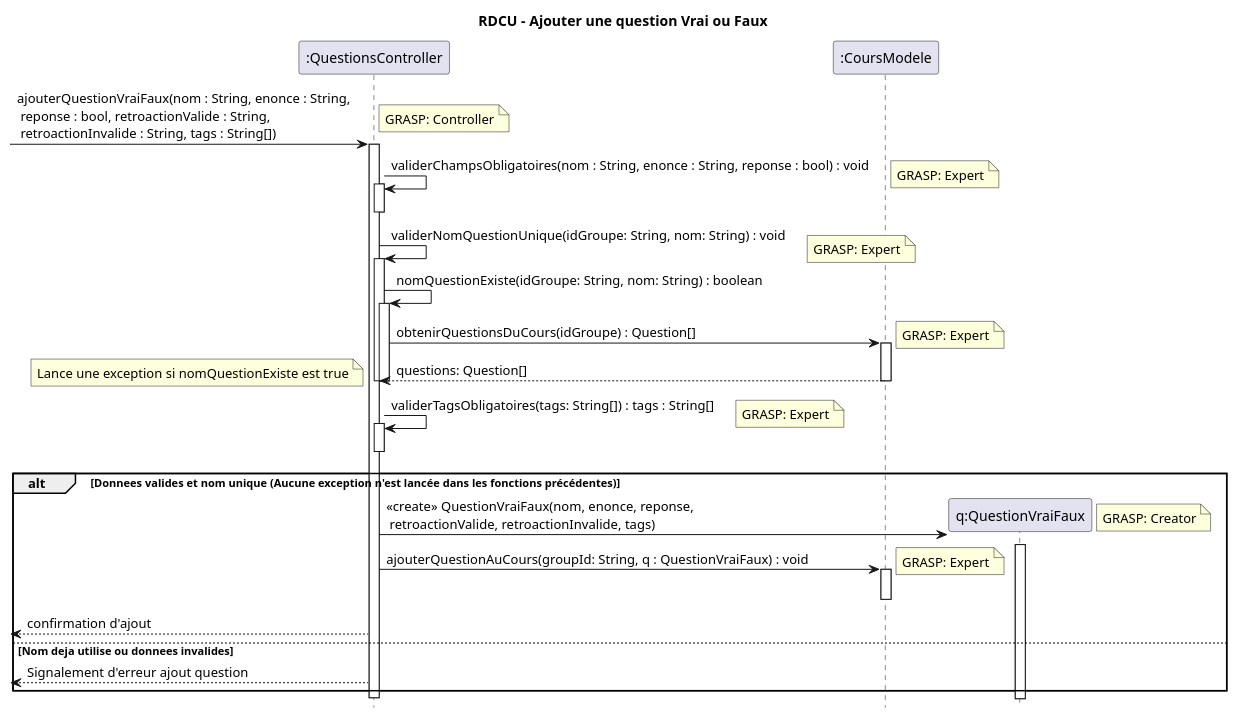
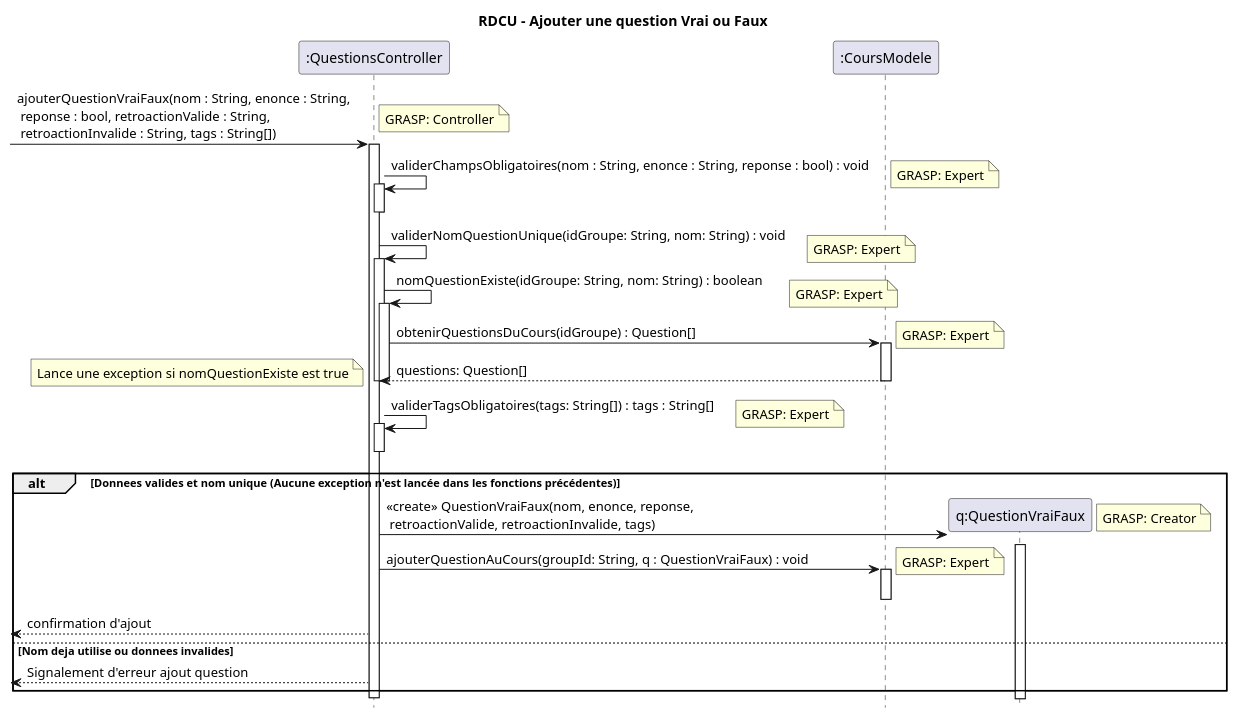
The diagram in docs/modeles/cu02/rdcu-ajouter-question-vf.puml (xMrYahya/moodle-clone), drawn with PlantUML before and after one commit. The commit also changed 26 other files, not shown here.

Commit message:
Fix des diagrams ajout et modifier

```diff
--- a/docs/modeles/cu02/rdcu-ajouter-question-vf.puml
+++ b/docs/modeles/cu02/rdcu-ajouter-question-vf.puml
@@ -1,52 +1,53 @@
 @startuml
 hide footbox
 title RDCU - Ajouter une question Vrai ou Faux
 
 participant ":QuestionsController" as QC
 participant ":CoursModele" as CM
 participant "q:QuestionVraiFaux" as Q
 
 -> QC : ajouterQuestionVraiFaux(nom : String, enonce : String,\n reponse : bool, retroactionValide : String,\n retroactionInvalide : String, tags : String[])
 note right: GRASP: Controller
 activate QC
 
 QC -> QC ++: validerChampsObligatoires(nom : String, enonce : String, reponse : bool) : void
 note right: GRASP: Expert
 deactivate QC
 
 QC -> QC ++: validerNomQuestionUnique(idGroupe: String, nom: String) : void
 note right: GRASP: Expert
 
 QC -> QC ++: nomQuestionExiste(idGroupe: String, nom: String) : boolean
+note right: GRASP: Expert
 
 QC -> CM ++: obtenirQuestionsDuCours(idGroupe) : Question[]
 note right: GRASP: Expert
 CM --> QC --: questions: Question[]
 note left: Lance une exception si nomQuestionExiste est true
 
 deactivate QC
 
 deactivate QC
 QC -> QC ++: validerTagsObligatoires(tags: String[]) : tags : String[]
 note right: GRASP: Expert
 deactivate QC
 
 alt Donnees valides et nom unique (Aucune exception n'est lancée dans les fonctions précédentes)
     create Q
     QC -> Q : <<create>> QuestionVraiFaux(nom, enonce, reponse,\n retroactionValide, retroactionInvalide, tags)
     note right: GRASP: Creator
     activate Q
     deactivate Q
 
     QC -> CM : ajouterQuestionAuCours(groupId: String, q : QuestionVraiFaux) : void
     note right: GRASP: Expert
     activate CM
     deactivate CM
 
     <-- QC : confirmation d'ajout
 else Nom deja utilise ou donnees invalides
     <-- QC : Signalement d'erreur ajout question
 end
 
 deactivate QC
 @enduml
```
